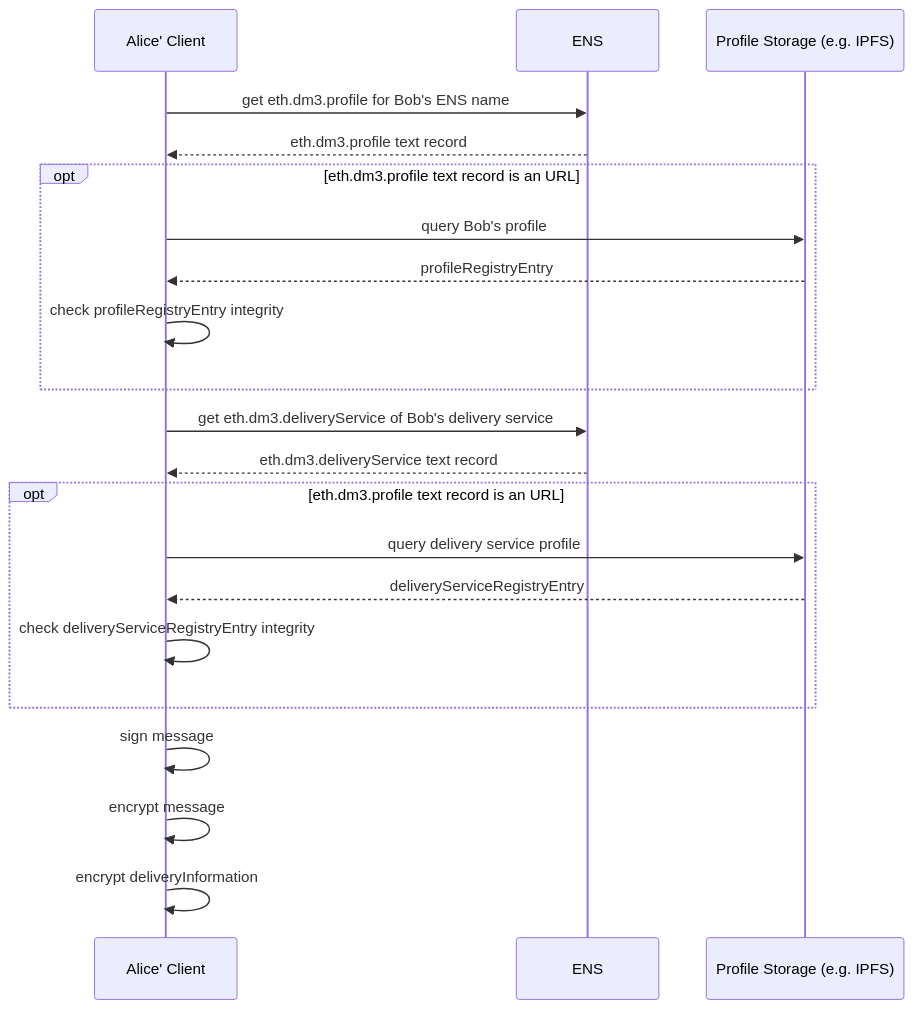
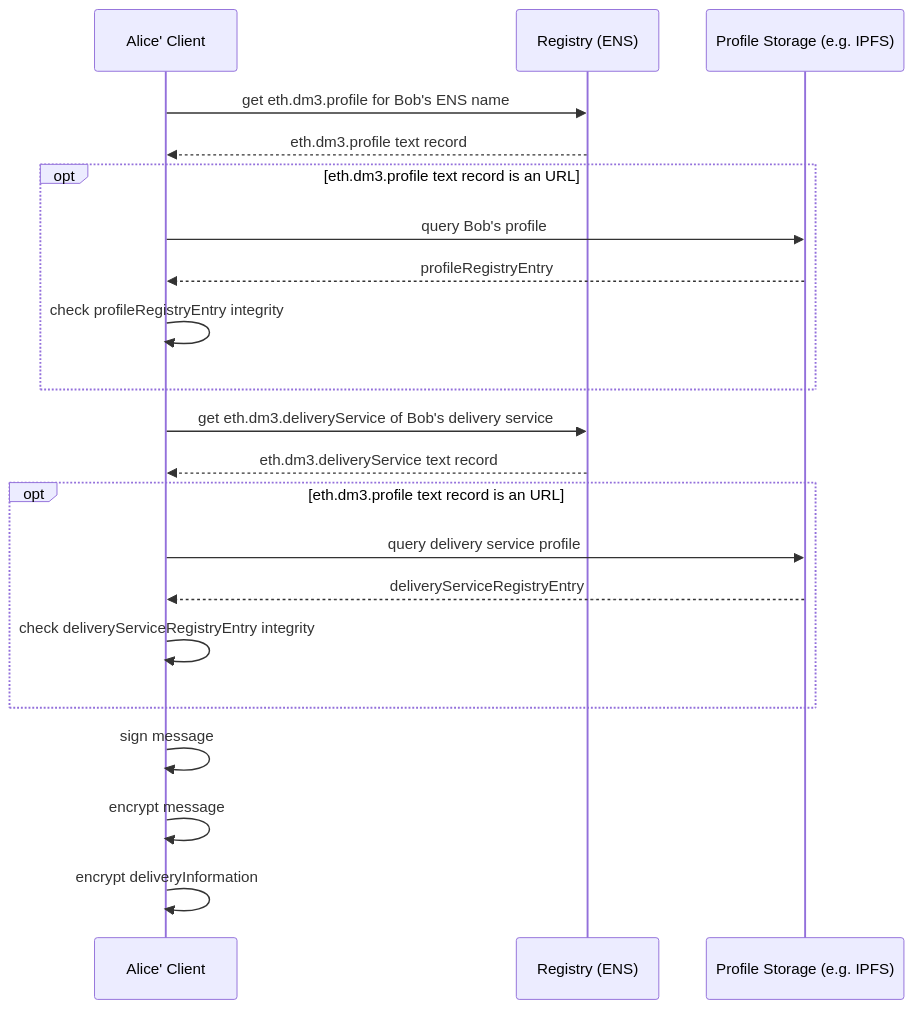
Before and after one commit to dm3-org/dm3-spec: the first of 2 diagrams in docs/specification/message-transport/mtp-transport.md, drawn with Mermaid. The commit also changed other lines of this file, not shown here.

````diff
--- a/docs/specification/message-transport/mtp-transport.md
+++ b/docs/specification/message-transport/mtp-transport.md
@@ -39,23 +47,23 @@
 ```{mermaid}
   sequenceDiagram
     participant AA as Alice' Client
-    participant E as ENS
+    participant E as Registry (ENS)
     participant P as Profile Storage (e.g. IPFS)
     AA->>E: get eth.dm3.profile for Bob's ENS name
     E-->>AA: eth.dm3.profile text record
     opt eth.dm3.profile text record is an URL
       AA->>P: query Bob's profile
       P-->>AA: profileRegistryEntry
       AA->>AA: check profileRegistryEntry integrity
     end
     AA->>E: get eth.dm3.deliveryService of Bob's delivery service
     E-->>AA: eth.dm3.deliveryService text record
     opt eth.dm3.profile text record is an URL
       AA->>P: query delivery service profile 
       P-->>AA: deliveryServiceRegistryEntry
       AA->>AA: check deliveryServiceRegistryEntry integrity
     end
     AA->>AA: sign message
     AA->>AA: encrypt message
     AA->>AA: encrypt deliveryInformation
 ```
````
